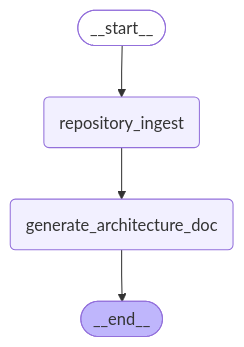
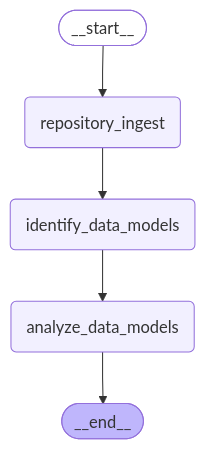
One commit to DEFRA/ai-sdlc--agent-poc changed the diagram in README.md. Above: the diagram before and after it, drawn with Mermaid. The commit also changed 7 other files, not shown here.

````diff
--- a/README.md
+++ b/README.md
@@ -147,15 +147,17 @@
 ```mermaid
 %%{init: {'flowchart': {'curve': 'linear'}}}%%
 graph TD;
 	__start__([<p>__start__</p>]):::first
 	repository_ingest(repository_ingest)
-	generate_architecture_doc(generate_architecture_doc)
+	identify_data_models(identify_data_models)
+	analyze_data_models(analyze_data_models)
 	__end__([<p>__end__</p>]):::last
 	__start__ --> repository_ingest;
-	generate_architecture_doc --> __end__;
-	repository_ingest --> generate_architecture_doc;
+	analyze_data_models --> __end__;
+	identify_data_models --> analyze_data_models;
+	repository_ingest --> identify_data_models;
 	classDef default fill:#f2f0ff,line-height:1.2
 	classDef first fill-opacity:0
 	classDef last fill:#bfb6fc
 
 ```
````
